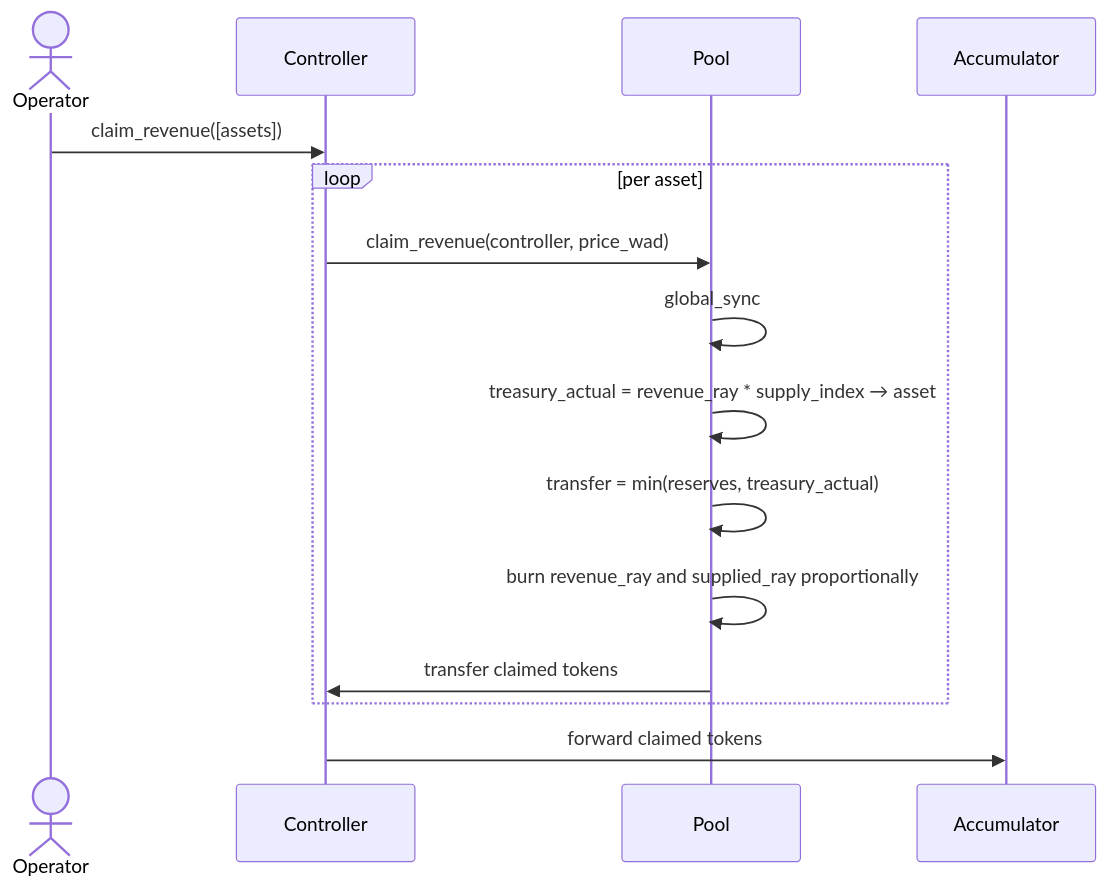
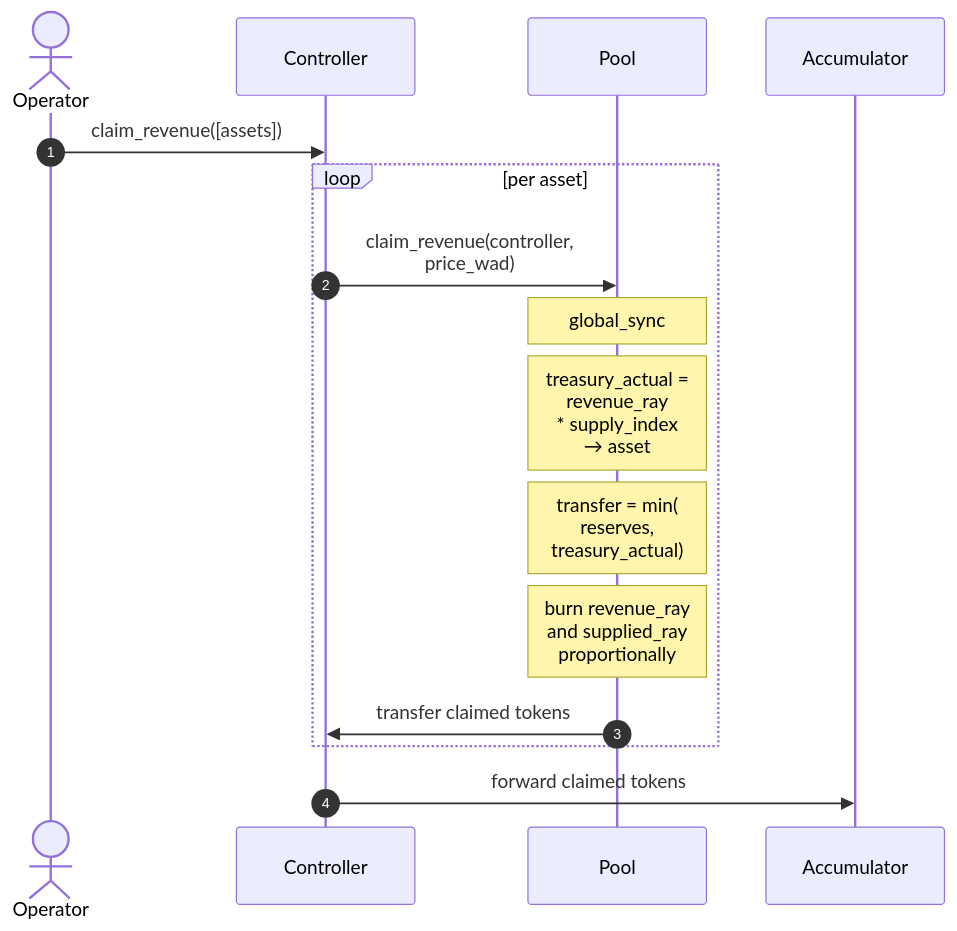
One commit to XOXNO/rs-lending-xlm changed the sixth of 9 diagrams in architecture/ARCHITECTURE.md. Above: the diagram before and after it, drawn with Mermaid. The commit also changed other lines of this file and 118 other files, not shown here.

````diff
--- a/architecture/ARCHITECTURE.md
+++ b/architecture/ARCHITECTURE.md
@@ -256,18 +224,19 @@
 ```mermaid
 sequenceDiagram
+    autonumber
     actor Op as Operator
     participant C as Controller
     participant P as Pool
     participant Acc as Accumulator
 
     Op->>C: claim_revenue([assets])
     loop per asset
-        C->>P: claim_revenue(controller, price_wad)
-        P->>P: global_sync
-        P->>P: treasury_actual = revenue_ray * supply_index → asset
-        P->>P: transfer = min(reserves, treasury_actual)
-        P->>P: burn revenue_ray and supplied_ray proportionally
+        C->>P: claim_revenue(controller,<br/>price_wad)
+        Note over P: global_sync
+        Note over P: treasury_actual =<br/>revenue_ray<br/>* supply_index<br/>→ asset
+        Note over P: transfer = min(<br/>reserves,<br/>treasury_actual)
+        Note over P: burn revenue_ray<br/>and supplied_ray<br/>proportionally
         P->>C: transfer claimed tokens
     end
     C->>Acc: forward claimed tokens
 ```
````
